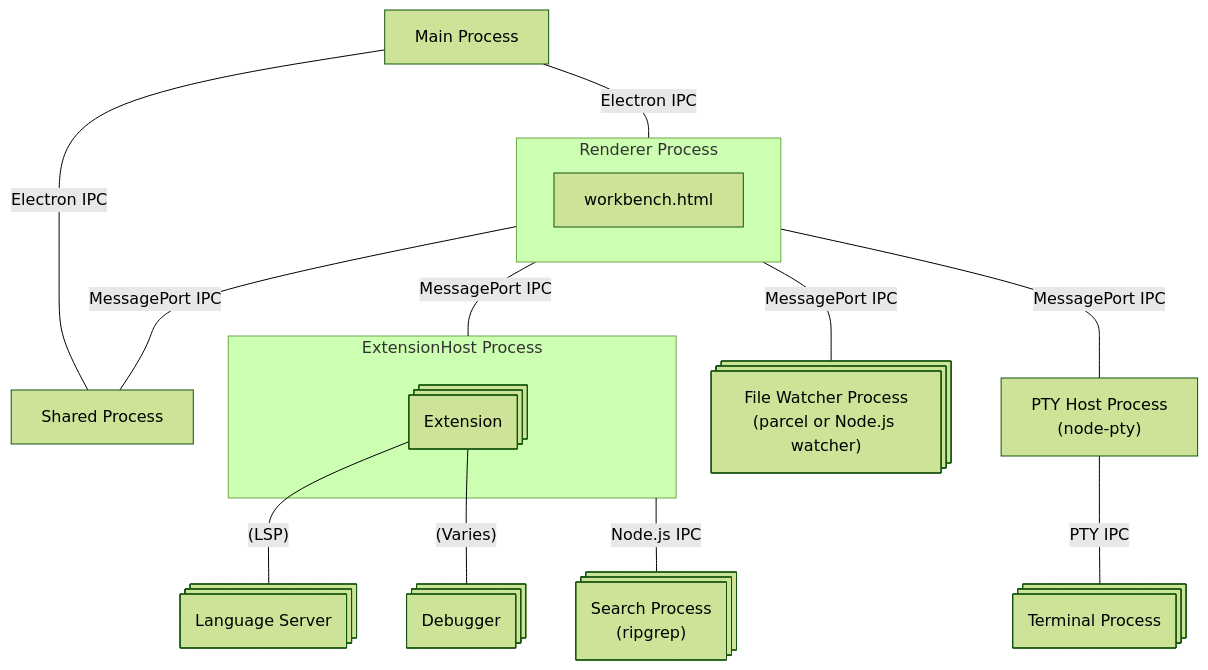
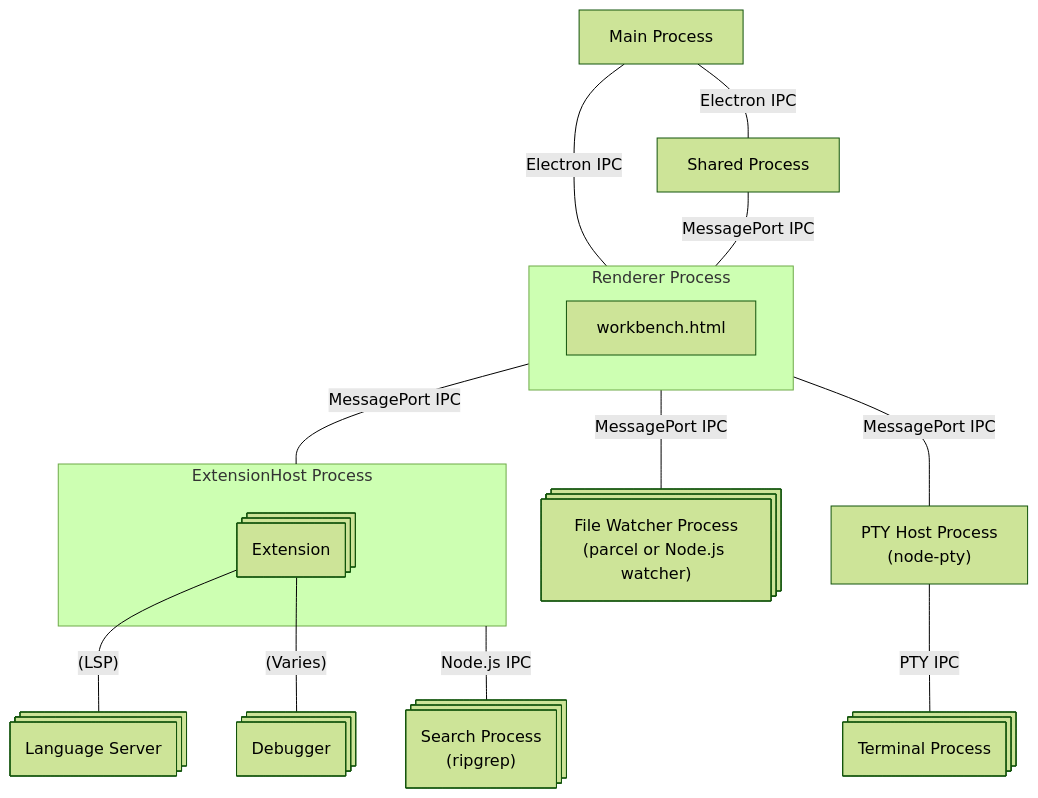
One commit to tamuratak/vscode_architecture changed the diagram in README.md. Above: the diagram before and after it, drawn with Mermaid (forest theme).

Commit message:
feat: update flowchart in README

````diff
--- a/README.md
+++ b/README.md
@@ -4,27 +4,27 @@
 ```mermaid
 flowchart TB
     MainProcess[Main Process]
     subgraph RendererProcess [Renderer Process]
         workbench.html
     end
     SharedProcess[Shared Process]
+    FileWatcherProcess@{ shape: procs, label: "File Watcher Process<br/>(parcel or Node.js watcher)" }
     subgraph ExtensionHostProcess  [ExtensionHost Process]
         Extension@{ shape: procs }
     end
     SearchProcess@{ shape: procs, label: "Search Process<br/>(ripgrep)" }
     PTYHostProcess@{ label: "PTY Host Process<br/>(node-pty)" }
     TerminalProcess@{ shape: procs, label: "Terminal Process" }
-    FileWatcherProcess@{ shape: procs, label: "File Watcher Process<br/>(parcel or Node.js watcher)" }
     LanguageServer@{ shape: procs, label: "Language Server" }
     Debugger@{ shape: procs }
     MainProcess -- Electron IPC --- SharedProcess
     MainProcess -- Electron IPC --- RendererProcess
-    RendererProcess -- MessagePort IPC --- SharedProcess
+    SharedProcess -- MessagePort IPC --- RendererProcess
+    RendererProcess -- MessagePort IPC --- FileWatcherProcess
     RendererProcess -- MessagePort IPC --- ExtensionHostProcess
-    RendererProcess -- MessagePort IPC --- FileWatcherProcess
     RendererProcess -- MessagePort IPC --- PTYHostProcess
     PTYHostProcess -- PTY IPC --- TerminalProcess
     ExtensionHostProcess -- Node.js IPC --- SearchProcess
     Extension -- (LSP) --- LanguageServer
     Extension -- (Varies) --- Debugger
 ```
````
